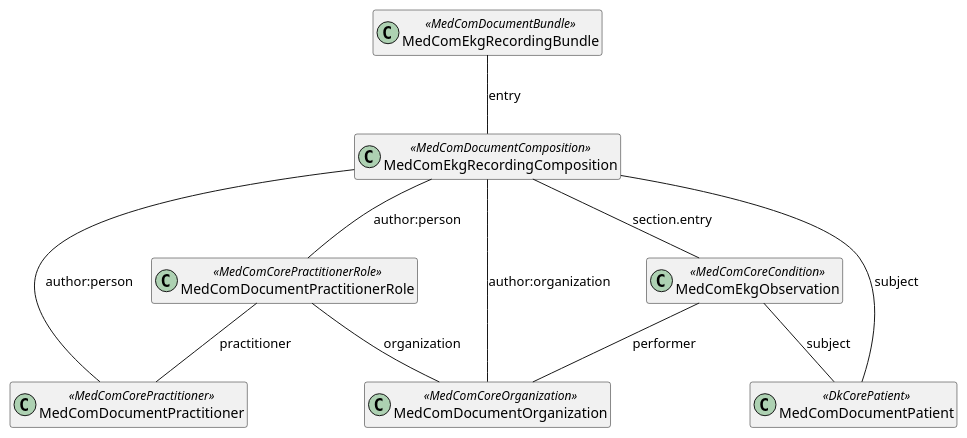
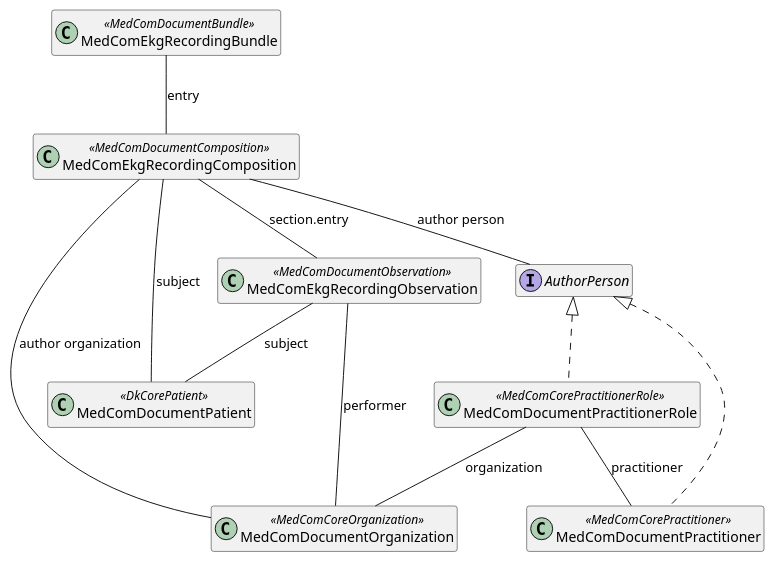
Before and after one commit to medcomdk/dk-medcom-ekg: the diagram in input/puml/MedComEkgRecording.puml, drawn with PlantUML. The commit also changed 1 other file, not shown here.

Commit message:
Corrected UML diagram

```diff
--- a/input/puml/MedComEkgRecording.puml
+++ b/input/puml/MedComEkgRecording.puml
@@ -1,24 +1,37 @@
 @startuml DocumentModel
 
 hide empty members
 
 class "MedComEkgRecordingBundle" as document <<MedComDocumentBundle>>
 class "MedComEkgRecordingComposition" as composition <<MedComDocumentComposition>>
+
 class "MedComDocumentOrganization" as organization <<MedComCoreOrganization>>
 class "MedComDocumentPractitioner" as practitioner <<MedComCorePractitioner>>
 class "MedComDocumentPractitionerRole" as practitionerrole <<MedComCorePractitionerRole>>
 class "MedComDocumentPatient" as patient <<DkCorePatient>>
-class "MedComEkgObservation" as observation <<MedComCoreCondition>>
-   
+class "MedComEkgRecordingObservation" as content <<MedComDocumentObservation>>
+
+' Fælles abstraktion for alle, der kan være author:person
+interface "AuthorPerson" as authorPerson
+
+' --- Struktur på dokumentet ---
 document -- composition : "entry"
-composition -- practitioner : "author:person"
-composition -- practitionerrole : "author:person"
-composition -- organization : "author:organization"
+
+' Composition peger på den fælles type
+composition -- authorPerson : "author person"
+composition -- organization : "author organization"
 composition -- patient : "subject"
-composition -- observation : "section.entry"
-observation -- patient : "subject"
-observation -- organization : "performer"
-practitionerrole -- practitioner: "practitioner"
-practitionerrole -- organization: "organization"
+composition -- content : "section.entry"
+
+' PractitionerRole’s egne relationer bevares
+practitionerrole -- practitioner : "practitioner"
+practitionerrole -- organization : "organization"
+
+' Hvilke typer kan være author:person?
+authorPerson <|.. practitioner
+authorPerson <|.. practitionerrole
+
+content -- patient : "subject"
+content -- organization : "performer"
 
 @enduml
```
